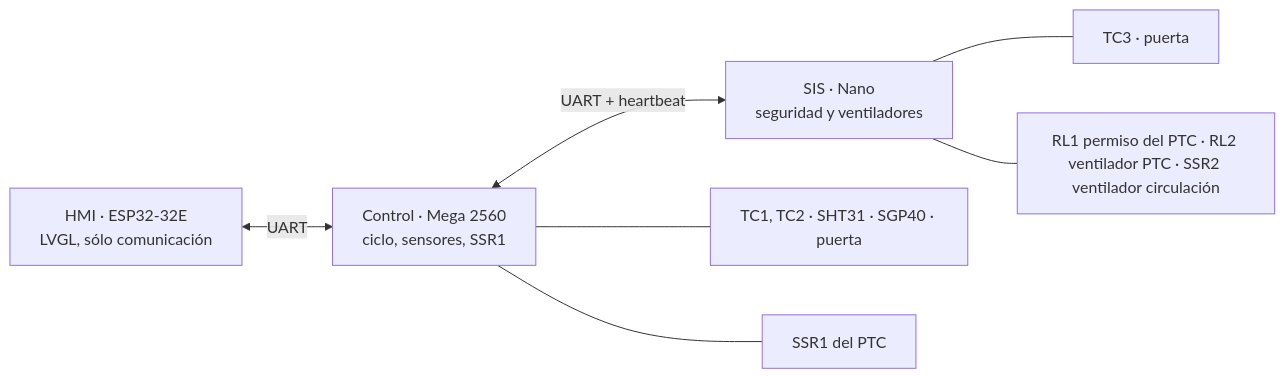
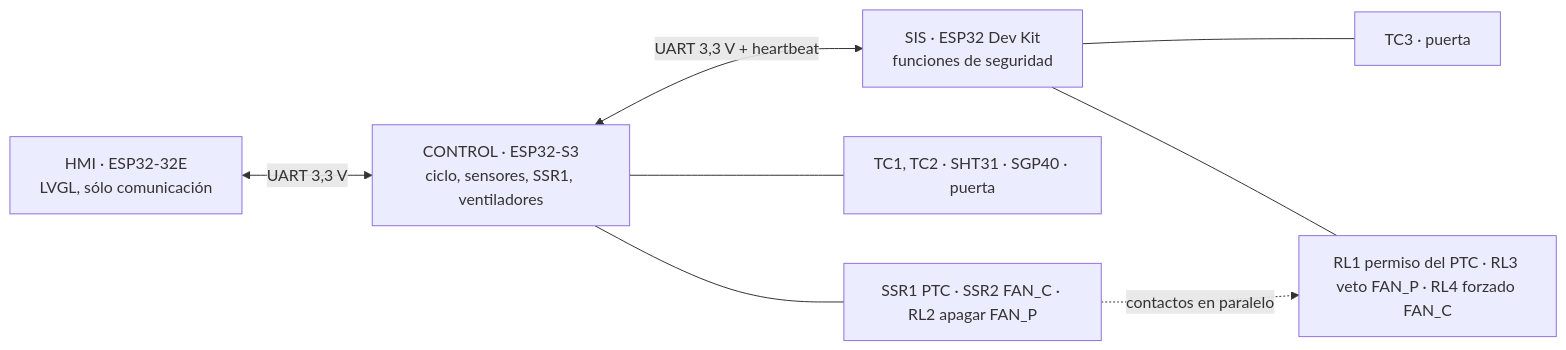
Before and after one commit to reymenez323/QuitaSicote3000: the diagram in docs/arquitectura.md, drawn with Mermaid. The commit also changed other lines of this file and 29 other files, not shown here.

First line of the commit message:
Plan maestro v5: control en ESP32-S3, SIS en ESP32 Dev Kit

````diff
--- a/docs/arquitectura.md
+++ b/docs/arquitectura.md
@@ -17,10 +20,11 @@
 ```mermaid
 flowchart LR
-  HMI[HMI · ESP32-32E<br/>LVGL, sólo comunicación] <-->|UART| CTRL[Control · Mega 2560<br/>ciclo, sensores, SSR1]
-  CTRL <-->|UART + heartbeat| SIS[SIS · Nano<br/>seguridad y ventiladores]
+  HMI[HMI · ESP32-32E<br/>LVGL, sólo comunicación] <-->|UART 3,3 V| CTRL[CONTROL · ESP32-S3<br/>ciclo, sensores, SSR1, ventiladores]
+  CTRL <-->|UART 3,3 V + heartbeat| SIS[SIS · ESP32 Dev Kit<br/>funciones de seguridad]
 
   CTRL --- S1[TC1, TC2 · SHT31 · SGP40 · puerta]
-  CTRL --- A1[SSR1 del PTC]
+  CTRL --- A1[SSR1 PTC · SSR2 FAN_C · RL2 apagar FAN_P]
   SIS --- S2[TC3 · puerta]
-  SIS --- A2[RL1 permiso del PTC · RL2 ventilador PTC · SSR2 ventilador circulación]
+  SIS --- A2[RL1 permiso del PTC · RL3 veto FAN_P · RL4 forzado FAN_C]
+  A1 -.->|contactos en paralelo| A2
 ```
````
